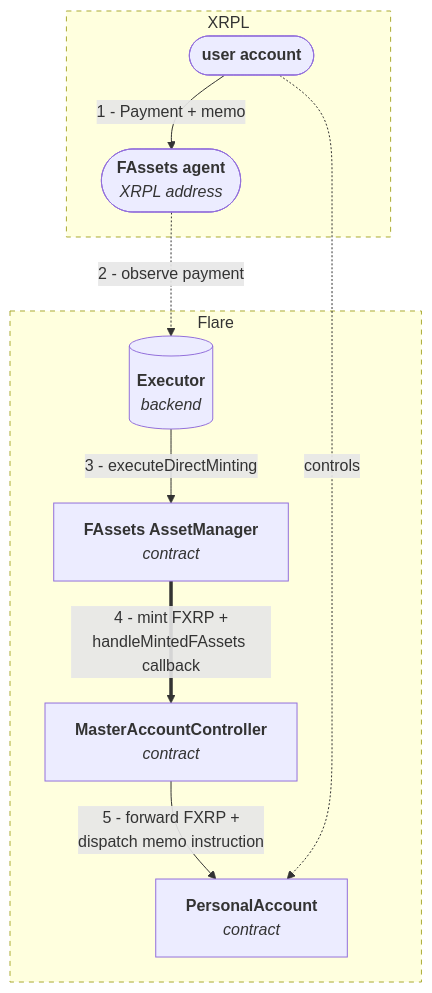
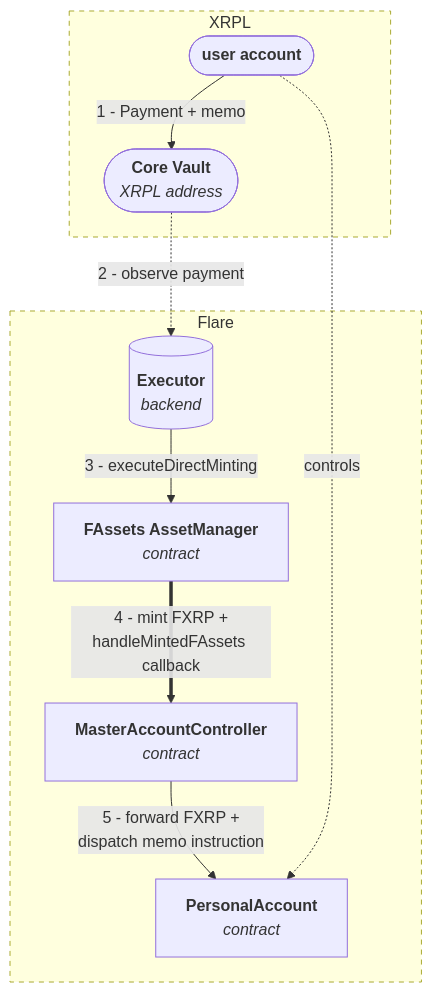
The diagram in docs/smart-accounts/1-overview.mdx (flare-foundation/developer-hub), drawn with Mermaid before and after one commit. The commit also changed other lines of this file and 68 other files, not shown here.

````diff
--- a/docs/smart-accounts/1-overview.mdx
+++ b/docs/smart-accounts/1-overview.mdx
@@ -58,24 +58,24 @@
 ```mermaid
 graph TB
  subgraph XRPL["XRPL"]
  User(["<b>user account</b>"])
- Agent(["<b>FAssets agent</b><br/><i>XRPL address</i>"])
+ CoreVault(["<b>Core Vault</b><br/><i>XRPL address</i>"])
  end
 
  subgraph Flare["Flare"]
  Executor[("<b>Executor</b><br/><i>backend</i>")]
  AssetManager["<b>FAssets AssetManager</b><br/><i>contract</i>"]
  MasterAccountController["<b>MasterAccountController</b><br/><i>contract</i>"]
  PersonalAccount["<b>PersonalAccount</b><br/><i>contract</i>"]
  end
 
- User -- "1 - Payment + memo" --> Agent
- Agent -. "2 - observe payment" .-> Executor
+ User -- "1 - Payment + memo" --> CoreVault
+ CoreVault -. "2 - observe payment" .-> Executor
  Executor -- "3 - executeDirectMinting" --> AssetManager
  AssetManager == "4 - mint FXRP +<br/>handleMintedFAssets callback" ==> MasterAccountController
  MasterAccountController -- "5 - forward FXRP +<br/>dispatch memo instruction" --> PersonalAccount
  User -. "controls" .-> PersonalAccount
 
  style Flare stroke-dasharray: 5 5
  style XRPL stroke-dasharray: 5 5
 ```
````
